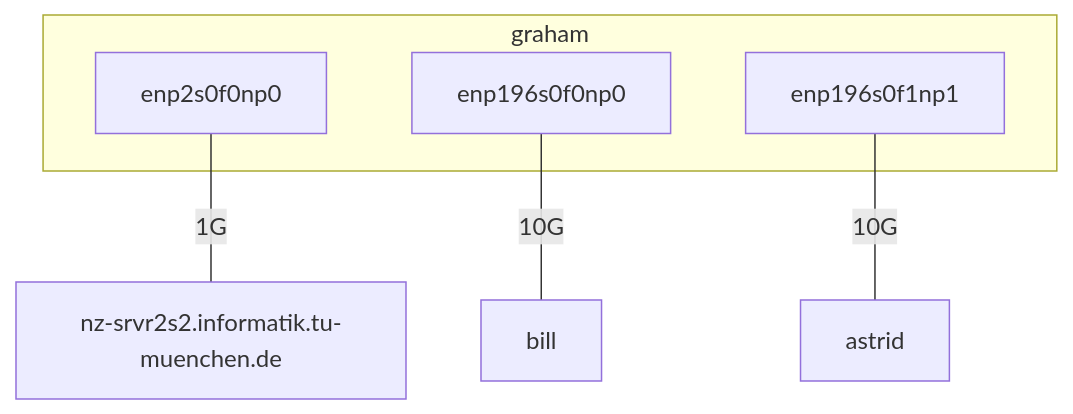
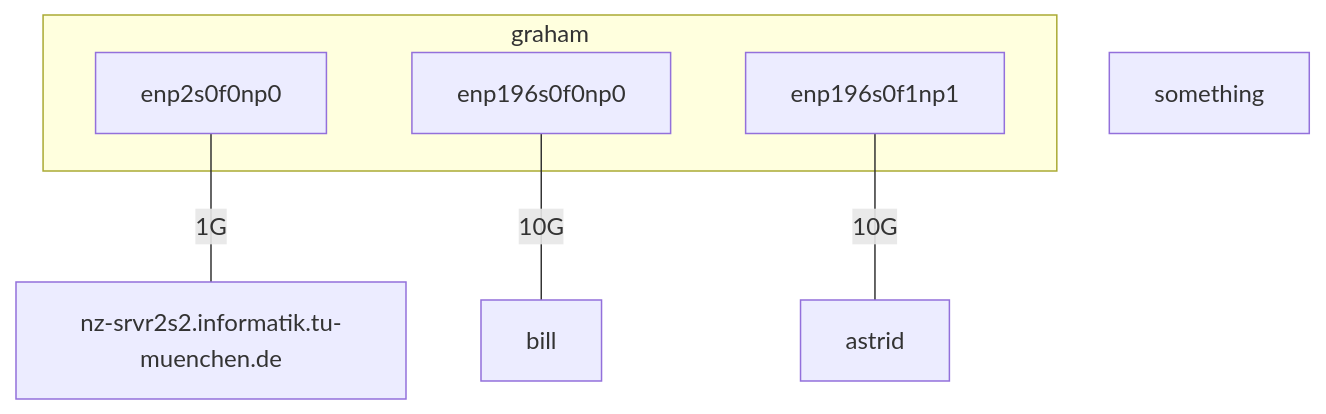
Before and after one commit to ackxolotl/doctor-cluster-config: the fourth of 4 diagrams in some-mermaid-graph.md, drawn with Mermaid.

````diff
--- a/some-mermaid-graph.md
+++ b/some-mermaid-graph.md
@@ -45,13 +45,14 @@
 ```mermaid
   graph TD
+    graham.something["something"]
     enp2s0f0np0-- 1G ---D["nz-srvr2s2.informatik.tu-muenchen.de"]
     enp196s0f0np0-- 10G ---bill
     enp196s0f1np1-- 10G ---astrid
     subgraph graham
     enp2s0f0np0
     enp196s0f1np1
     enp196s0f0np0
     end
     click astrid "https://github.com/ackxolotl/doctor-cluster-config/blob/mermaid/docs/tum/astrid.md" "astrid"
     click bill "https://github.com/ackxolotl/doctor-cluster-config/blob/mermaid/docs/tum/bill.md" "bill"
 ```
````
